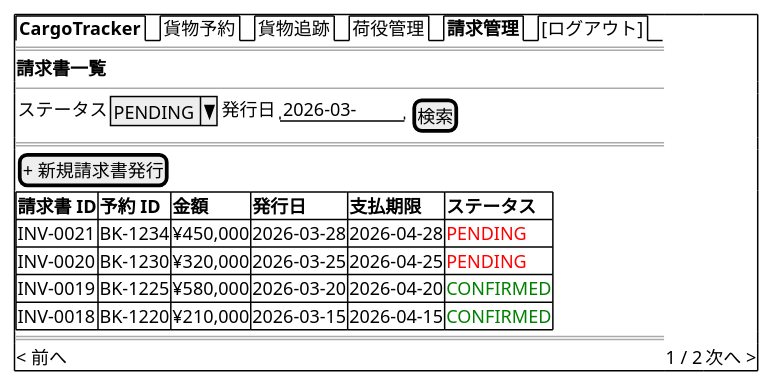
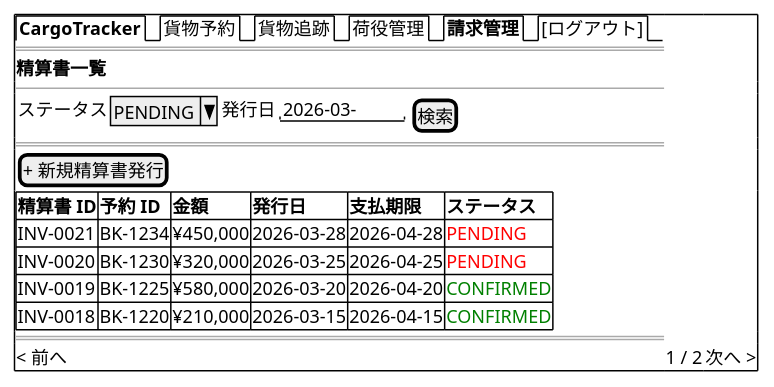
Before and after one commit to k2works/case-study-cargo-tracker: diagram 21 of 25 in docs/design/ui_design.md, drawn with PlantUML. The commit also changed other lines of this file and 4 other files, not shown here.

````diff
--- a/docs/design/ui_design.md
+++ b/docs/design/ui_design.md
@@ -1141,24 +1141,24 @@
 ```plantuml
 @startsalt
 {+
   {/ <b>CargoTracker</b> | 貨物予約 | 貨物追跡 | 荷役管理 | <b>請求管理</b> | [ログアウト] }
   ==
-  <b>請求書一覧</b>
+  <b>精算書一覧</b>
   --
   {
     ステータス | ^PENDING^ | 発行日 | "2026-03-  " | [検索]
   }
   ==
-  [+ 新規請求書発行]
+  [+ 新規精算書発行]
   {#
-    **請求書 ID** | **予約 ID** | **金額** | **発行日**   | **支払期限** | **ステータス**
+    **精算書 ID** | **予約 ID** | **金額** | **発行日**   | **支払期限** | **ステータス**
     INV-0021      | BK-1234     | ¥450,000 | 2026-03-28   | 2026-04-28   | <color:red>PENDING</color>
     INV-0020      | BK-1230     | ¥320,000 | 2026-03-25   | 2026-04-25   | <color:red>PENDING</color>
     INV-0019      | BK-1225     | ¥580,000 | 2026-03-20   | 2026-04-20   | <color:green>CONFIRMED</color>
     INV-0018      | BK-1220     | ¥210,000 | 2026-03-15   | 2026-04-15   | <color:green>CONFIRMED</color>
   }
   ==
   < 前へ | 1 / 2 | 次へ >
 }
 @endsalt
 ```
````
